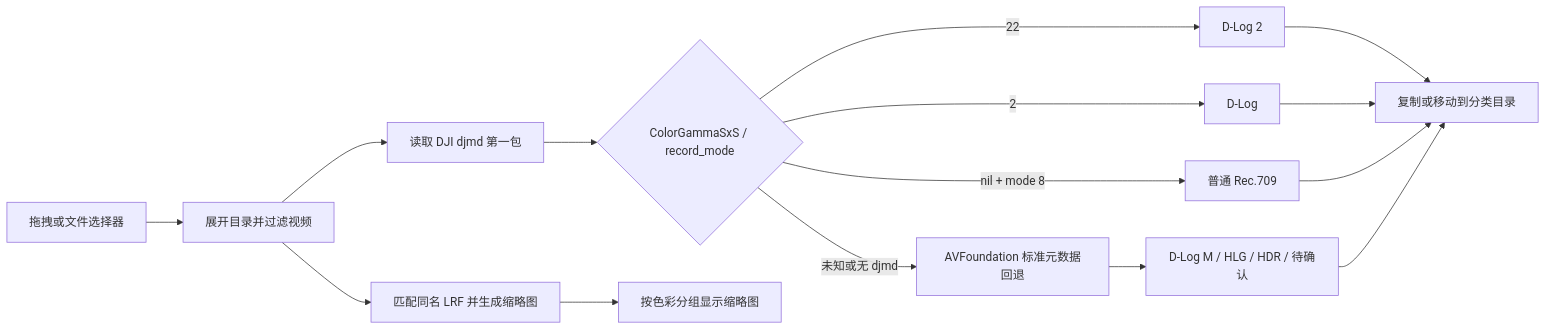
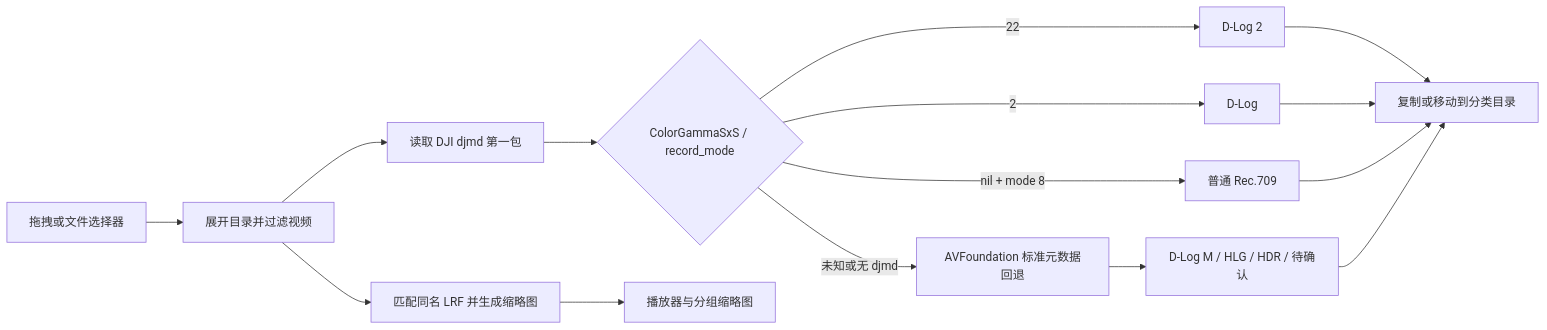
One commit to Jinshuang1996/pocket-log-sorter changed the diagram in docs/CODE_GUIDE.md. Above: the diagram before and after it, drawn with Mermaid. The commit also changed other lines of this file and 7 other files, not shown here.

Commit message:
Add playback chart and selective export

````diff
--- a/docs/CODE_GUIDE.md
+++ b/docs/CODE_GUIDE.md
@@ -7,17 +7,17 @@
 ```mermaid
 flowchart LR
     A["拖拽或文件选择器"] --> B["展开目录并过滤视频"]
     B --> C["读取 DJI djmd 第一包"]
     B --> T["匹配同名 LRF 并生成缩略图"]
     C --> D{"ColorGammaSxS / record_mode"}
     D -->|"22"| E["D-Log 2"]
     D -->|"2"| F["D-Log"]
     D -->|"nil + mode 8"| G["普通 Rec.709"]
     D -->|"未知或无 djmd"| H["AVFoundation 标准元数据回退"]
     H --> I["D-Log M / HLG / HDR / 待确认"]
     E --> J["复制或移动到分类目录"]
     F --> J
     G --> J
     I --> J
-    T --> K["按色彩分组显示缩略图"]
+    T --> K["播放器与分组缩略图"]
 ```
````
